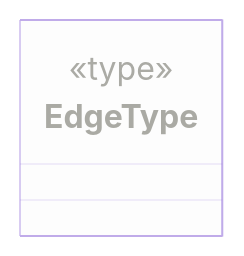
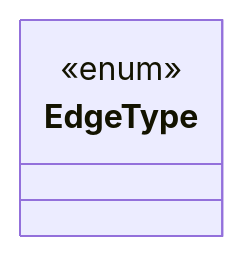
Before and after one commit to flowr-analysis/flowr: the third of 33 diagrams in wiki/Dataflow Graph.md, drawn with Mermaid. The commit also changed other lines of this file and 7 other files, not shown here.

````diff
--- a/wiki/Dataflow Graph.md
+++ b/wiki/Dataflow Graph.md
@@ -244,8 +244,7 @@
 ```mermaid
 classDiagram
 direction RL
 class EdgeType
-    <<type>> EdgeType
-style EdgeType opacity:.35,fill:#FAFAFA
+    <<enum>> EdgeType
 click EdgeType href "https://github.com/flowr-analysis/flowr/tree/main//src/dataflow/graph/edge.ts#L17" ""
 ```
````
